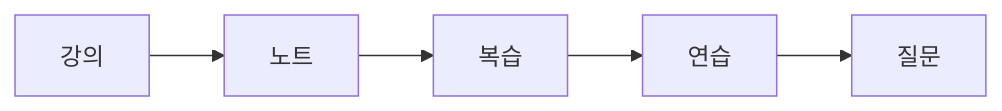
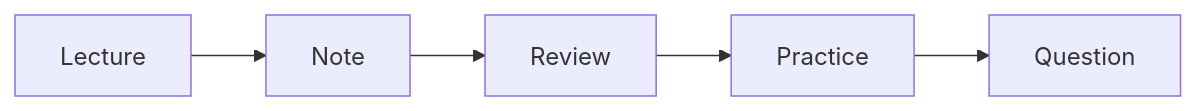
One commit to yeongseon-books/book-content changed the diagram in content/computer-science-major-101/ko/08-how-to-study-cs.md. Above: the diagram before and after it, drawn with Mermaid. The commit also changed other lines of this file and 9 other files, not shown here.

````diff
--- a/content/computer-science-major-101/ko/08-how-to-study-cs.md
+++ b/content/computer-science-major-101/ko/08-how-to-study-cs.md
@@ -55,7 +50,7 @@
 ```mermaid
 flowchart LR
-    L[강의] --> N[노트]
-    N --> R[복습]
-    R --> P[연습]
-    P --> Q[질문]
+    L[Lecture] --> N[Note]
+    N --> R[Review]
+    R --> P[Practice]
+    P --> Q[Question]
 ```
````
